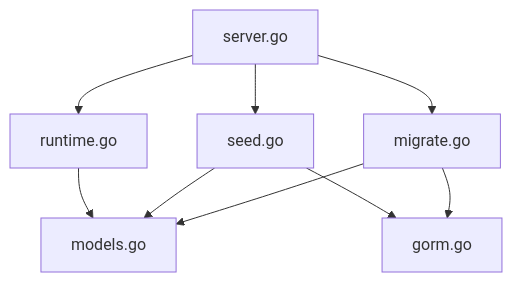
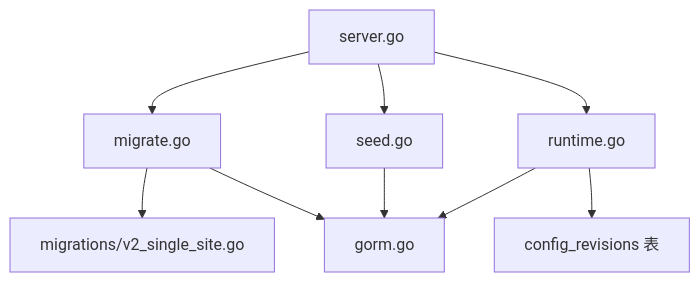
The seventh of 7 diagrams in docs/配置管理系统/迁移管理机制.md (x01n/My-OpenWaf), drawn with Mermaid before and after one commit. The commit also changed other lines of this file and 199 other files, not shown here.

````diff
--- a/docs/配置管理系统/迁移管理机制.md
+++ b/docs/配置管理系统/迁移管理机制.md
@@ -306,11 +290,11 @@
 ```mermaid
 graph TB
 Server["server.go"] --> Migrate["migrate.go"]
 Server --> Seed["seed.go"]
-Migrate --> Models["models.go"]
-Seed --> Models
+Migrate --> MigrateV2["migrations/v2_single_site.go"]
 Migrate --> DB["gorm.go"]
 Seed --> DB
 Server --> Runtime["runtime.go"]
-Runtime --> Models
+Runtime --> DB
+Runtime --> Rev["config_revisions 表"]
 ```
````
